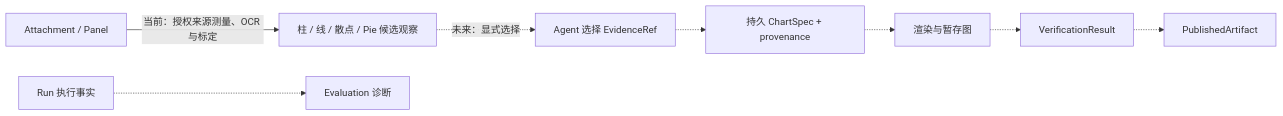
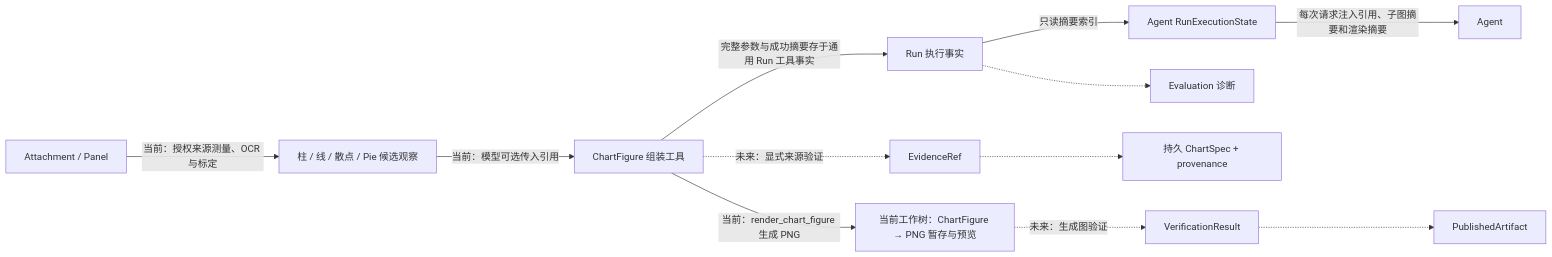
One commit to YeZibn/Figura changed the second of 2 diagrams in docs/figura-implementation-overview.md. Above: the diagram before and after it, drawn with Mermaid. The commit also changed other lines of this file and 71 other files, not shown here.

Commit message:
feat(charts): 新增多图表画布（ChartFigure）模型与组装、绘画工具

````diff
--- a/docs/figura-implementation-overview.md
+++ b/docs/figura-implementation-overview.md
@@ -77,10 +83,14 @@
 ```mermaid
 flowchart LR
     Image[Attachment / Panel] -->|当前：授权来源测量、OCR 与标定| Measure[柱 / 线 / 散点 / Pie 候选观察]
-    Measure -.->|未来：显式选择| Choice[Agent 选择 EvidenceRef]
+    Measure -->|当前：模型可选传入引用| Figure[ChartFigure 组装工具]
+    Figure -->|完整参数与成功摘要存于通用 Run 工具事实| Runtime[Runtime]
+    Runtime -->|只读摘要索引| State[Agent RunExecutionState]
+    State -->|每次请求注入引用、子图摘要和渲染摘要| Agent[Agent]
+    Figure -.->|未来：显式来源验证| Choice[EvidenceRef]
     Choice -.-> Spec[持久 ChartSpec + provenance]
-    Spec -.-> Render[渲染与暂存图]
-    Render -.-> Verify[VerificationResult]
+    Figure -->|当前：render_chart_figure 生成 PNG| Render[当前工作树：ChartFigure → PNG 暂存与预览]
+    Render -.->|未来：生成图验证| Verify[VerificationResult]
     Verify -.-> Publish[PublishedArtifact]
     Runtime[Run 执行事实] -.-> Eval[Evaluation 诊断]
 ```
````
